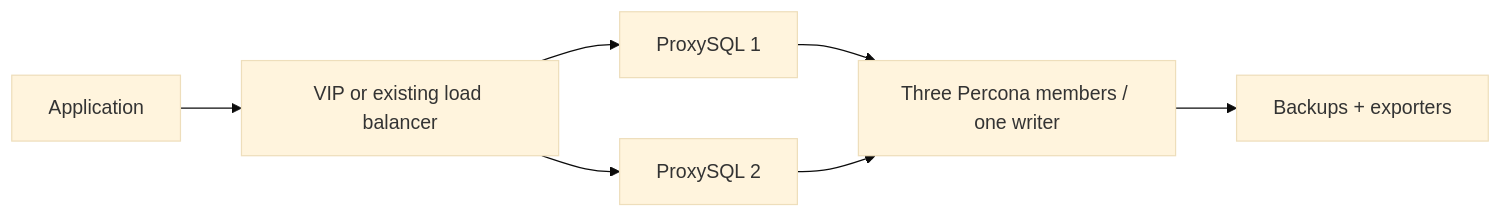
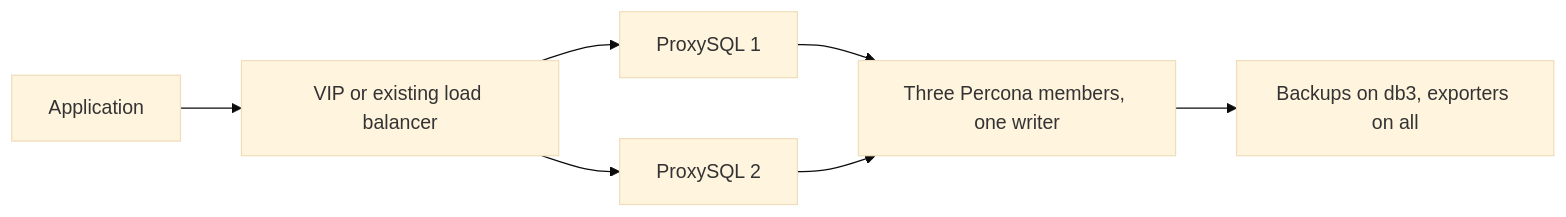
Before and after one commit to OT-OSM/percona_server: the first of 2 diagrams in docs/deployment-runbook.md, drawn with Mermaid (base theme). The commit also changed other lines of this file and 22 other files, not shown here.

````diff
--- a/docs/deployment-runbook.md
+++ b/docs/deployment-runbook.md
@@ -31,9 +21,9 @@
 ```mermaid
 flowchart LR
   A[Application] --> V[VIP or existing load balancer]
   V --> P1[ProxySQL 1]
   V --> P2[ProxySQL 2]
-  P1 --> G[Three Percona members / one writer]
+  P1 --> G[Three Percona members, one writer]
   P2 --> G
-  G --> B[Backups + exporters]
+  G --> B[Backups on db3, exporters on all]
 ```
````
